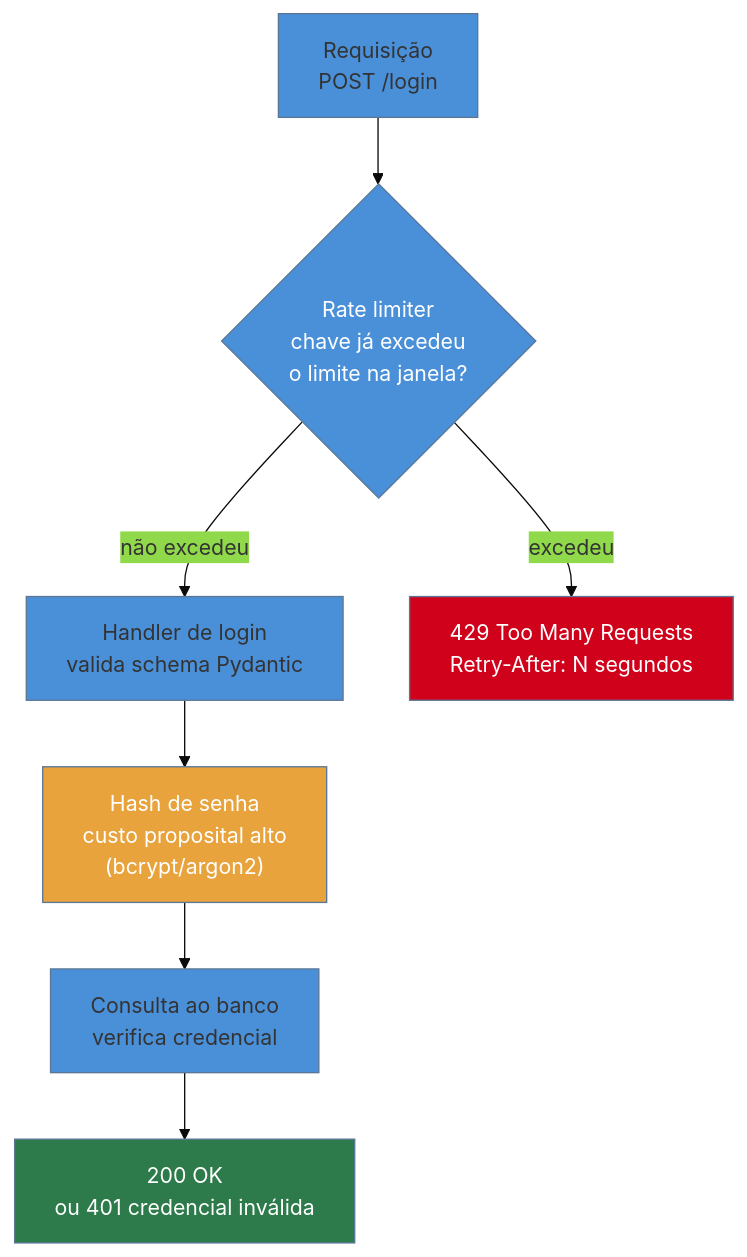
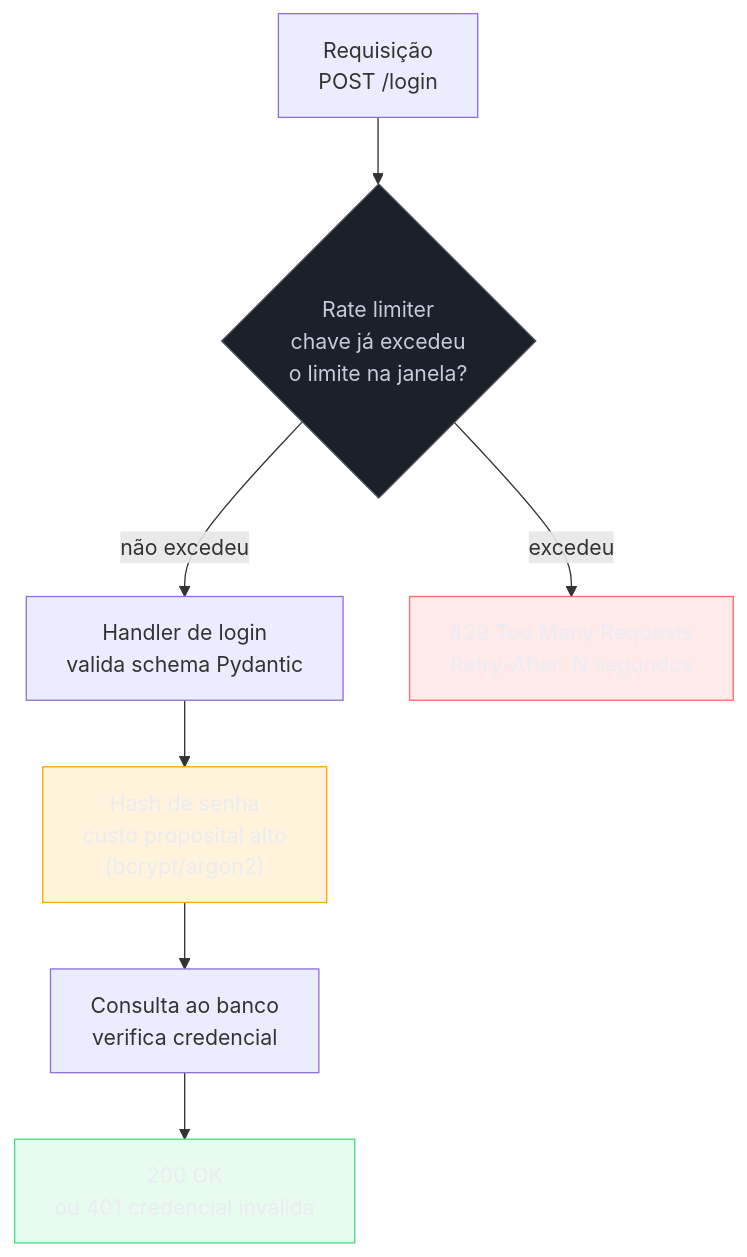
One commit to josenaldo/codex-technomanticus changed the first of 3 diagrams in 03-Dominios/Tecnologia/Python/Segurança/08 - Rate limiting e proteção contra abuso.md. Above: the diagram before and after it, drawn with Mermaid. The commit also changed other lines of this file and 1181 other files, not shown here.

First line of the commit message:
fix(diagramas): paleta do sistema no lugar de cor cravada no markdown

````diff
--- a/03-Dominios/Tecnologia/Python/Segurança/08 - Rate limiting e proteção contra abuso.md
+++ b/03-Dominios/Tecnologia/Python/Segurança/08 - Rate limiting e proteção contra abuso.md
@@ -61,17 +61,20 @@
 ```mermaid
-%%{init: {"theme": "base", "themeVariables": {"primaryColor": "#4A90D9"}}}%%
 flowchart TB
+    classDef neutro fill:#1B2029,stroke:#4E5666,color:#C6CCD8
+    classDef falha fill:#FF6B6B24,stroke:#FF6B6B,color:#E9ECF2
+    classDef destaque fill:#FFAA0024,stroke:#FFAA00,color:#E9ECF2
+    classDef ok fill:#4ADE8021,stroke:#4ADE80,color:#E9ECF2
     REQ["Requisição\nPOST /login"] --> LIMITER{"Rate limiter\nchave já excedeu\no limite na janela?"}
 
     LIMITER -->|"não excedeu"| HANDLER["Handler de login\nvalida schema Pydantic"]
     HANDLER --> HASH["Hash de senha\ncusto proposital alto\n(bcrypt/argon2)"]
     HASH --> DB["Consulta ao banco\nverifica credencial"]
     DB --> RESP200["200 OK\nou 401 credencial inválida"]
 
     LIMITER -->|"excedeu"| REJ["429 Too Many Requests\nRetry-After: N segundos"]
 
-    style LIMITER fill:#4A90D9,color:#fff
-    style REJ fill:#D0021B,color:#fff
-    style HASH fill:#e8a33d,color:#fff
-    style RESP200 fill:#2d7a4a,color:#fff
+    class LIMITER neutro
+    class REJ falha
+    class HASH destaque
+    class RESP200 ok
 ```
````
